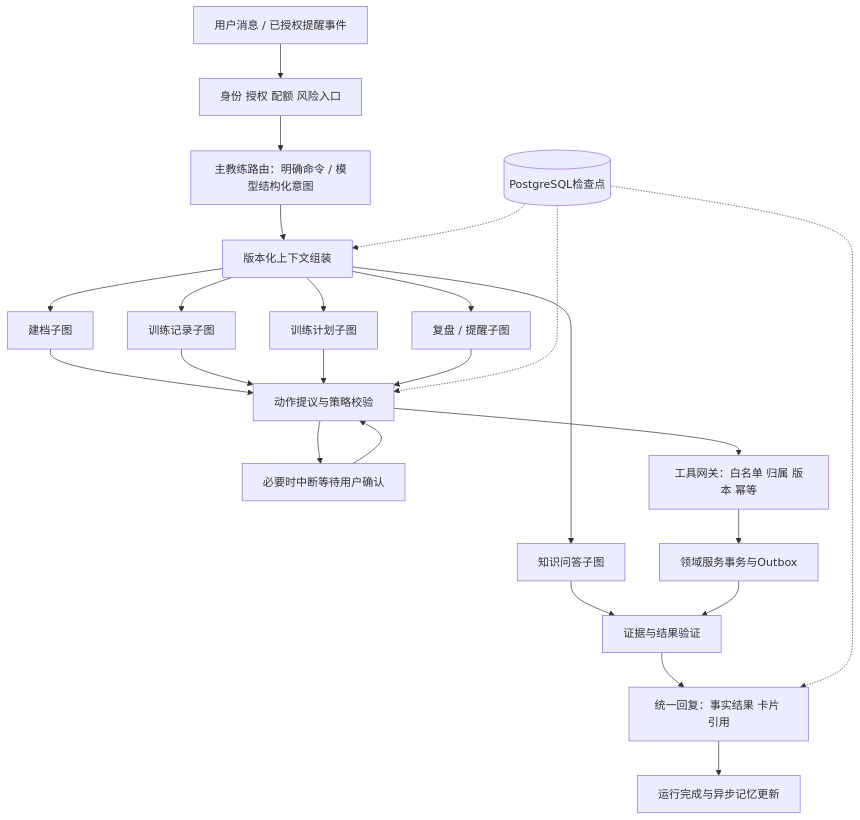
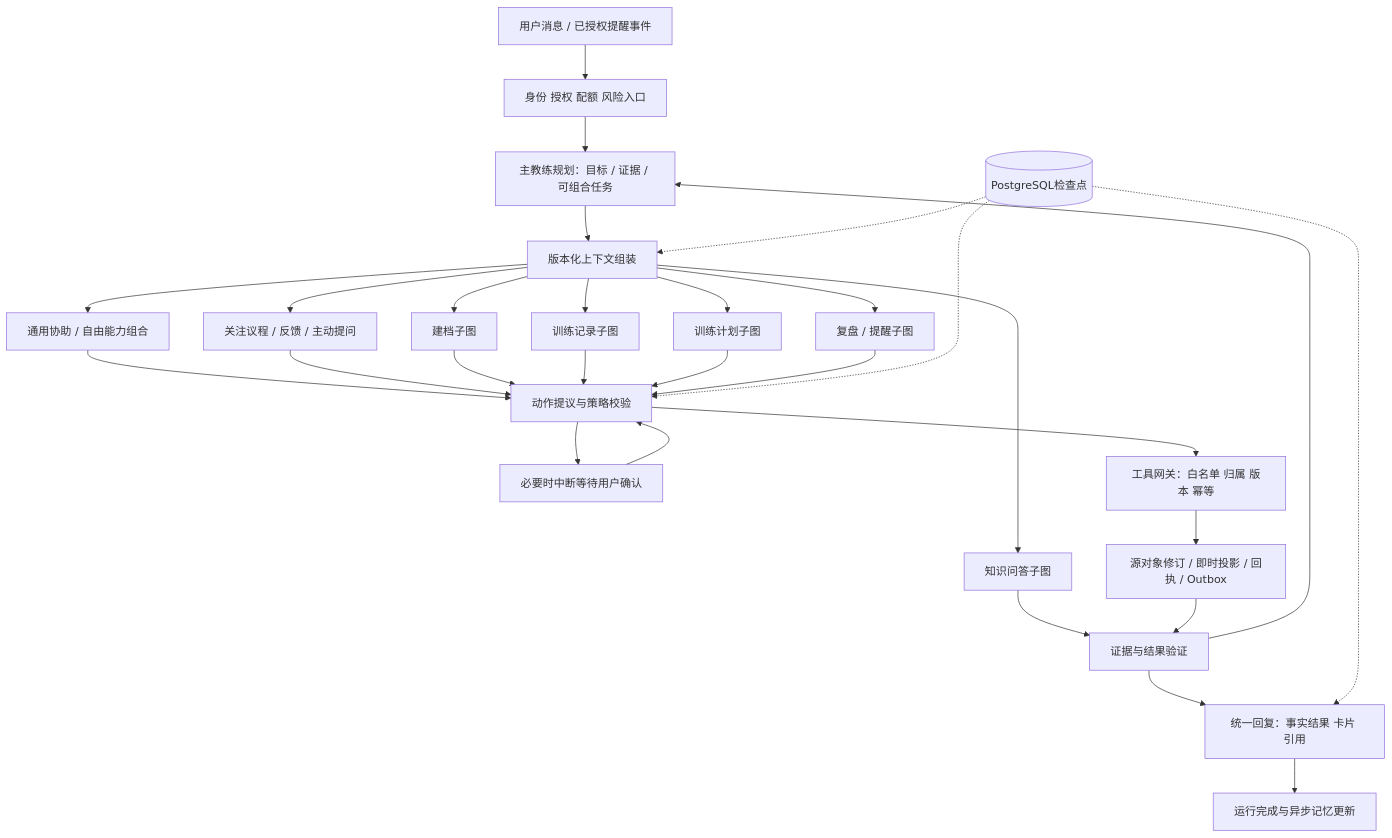
The diagram in docs/19-Agent架构优化设计.md (mengyu-96/FitMind), drawn with Mermaid before and after one commit. The commit also changed other lines of this file and 24 other files, not shown here.

````diff
--- a/docs/19-Agent架构优化设计.md
+++ b/docs/19-Agent架构优化设计.md
@@ -15,26 +15,31 @@
 ```mermaid
 flowchart TD
   IN[用户消息 / 已授权提醒事件] --> GATE[身份 授权 配额 风险入口]
-  GATE --> ROUTER[主教练路由：明确命令 / 模型结构化意图]
+  GATE --> ROUTER[主教练规划：目标 / 证据 / 可组合任务]
   ROUTER --> CTX[版本化上下文组装]
   CTX --> PROFILE[建档子图]
   CTX --> RECORD[训练记录子图]
   CTX --> PLAN[训练计划子图]
   CTX --> QA[知识问答子图]
   CTX --> REVIEW[复盘 / 提醒子图]
+  CTX --> GENERAL[通用协助 / 自由能力组合]
+  CTX --> INQUIRY[关注议程 / 反馈 / 主动提问]
+  GENERAL --> POLICY
+  INQUIRY --> POLICY
   PROFILE --> POLICY[动作提议与策略校验]
   RECORD --> POLICY
   PLAN --> POLICY
   QA --> VERIFY[证据与结果验证]
   REVIEW --> POLICY
   POLICY --> HUMAN[必要时中断等待用户确认]
   HUMAN --> POLICY
   POLICY --> TOOLS[工具网关：白名单 归属 版本 幂等]
-  TOOLS --> DOMAIN[领域服务事务与Outbox]
+  TOOLS --> DOMAIN[源对象修订 / 即时投影 / 回执 / Outbox]
   DOMAIN --> VERIFY
+  VERIFY --> ROUTER
   VERIFY --> COMPOSE[统一回复：事实结果 卡片 引用]
   COMPOSE --> DONE[运行完成与异步记忆更新]
   CP[(PostgreSQL检查点)] -.-> CTX
   CP -.-> POLICY
   CP -.-> COMPOSE
 ```
````
